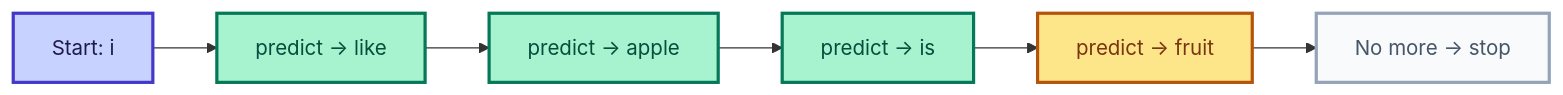
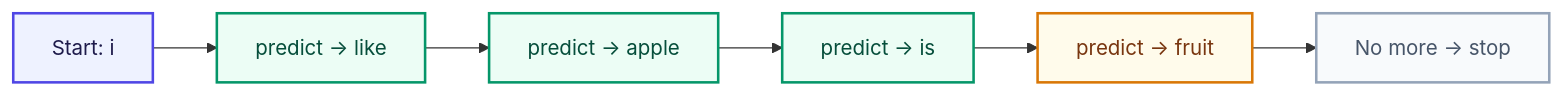
Before and after one commit to bhNibir/build-own-llm: the diagram in content/docs/part-02-bigram/04-generate.mdx, drawn with Mermaid. The commit also changed 18 other files, not shown here.

First line of the commit message:
Revise color palettes and styles for improved diagram clarity

````diff
--- a/content/docs/part-02-bigram/04-generate.mdx
+++ b/content/docs/part-02-bigram/04-generate.mdx
@@ -16,12 +16,12 @@
 ```mermaid
 flowchart LR
     start["Start: i"]:::input --> p1["predict → like"]:::process
     p1 --> p2["predict → apple"]:::process
     p2 --> p3["predict → is"]:::process
     p3 --> p4["predict → fruit"]:::output
     p4 --> stop["No more → stop"]:::dim
-    classDef input fill:#C7D2FE,color:#1E1B4B,stroke:#4338CA,stroke-width:2.5px
-    classDef process fill:#A7F3D0,color:#064E3B,stroke:#047857,stroke-width:2.5px
-    classDef output fill:#FDE68A,color:#78350F,stroke:#B45309,stroke-width:2.5px
-    classDef dim fill:#F8FAFC,color:#475569,stroke:#94A3B8,stroke-width:2.5px
+    classDef input fill:#EEF2FF,color:#1E1B4B,stroke:#4F46E5,stroke-width:2px
+    classDef process fill:#ECFDF5,color:#064E3B,stroke:#059669,stroke-width:2px
+    classDef output fill:#FFFBEB,color:#78350F,stroke:#D97706,stroke-width:2px
+    classDef dim fill:#F8FAFC,color:#475569,stroke:#94A3B8,stroke-width:2px
 ```
````
